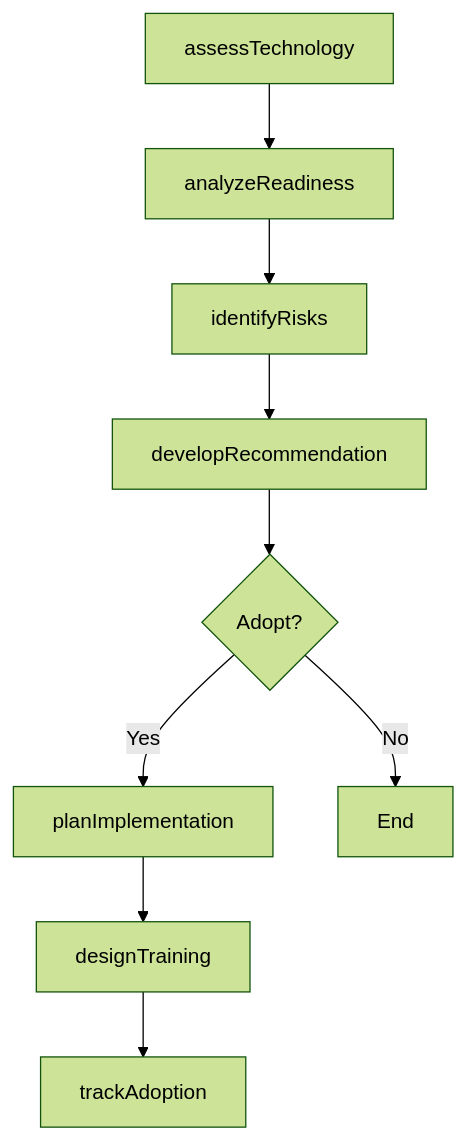
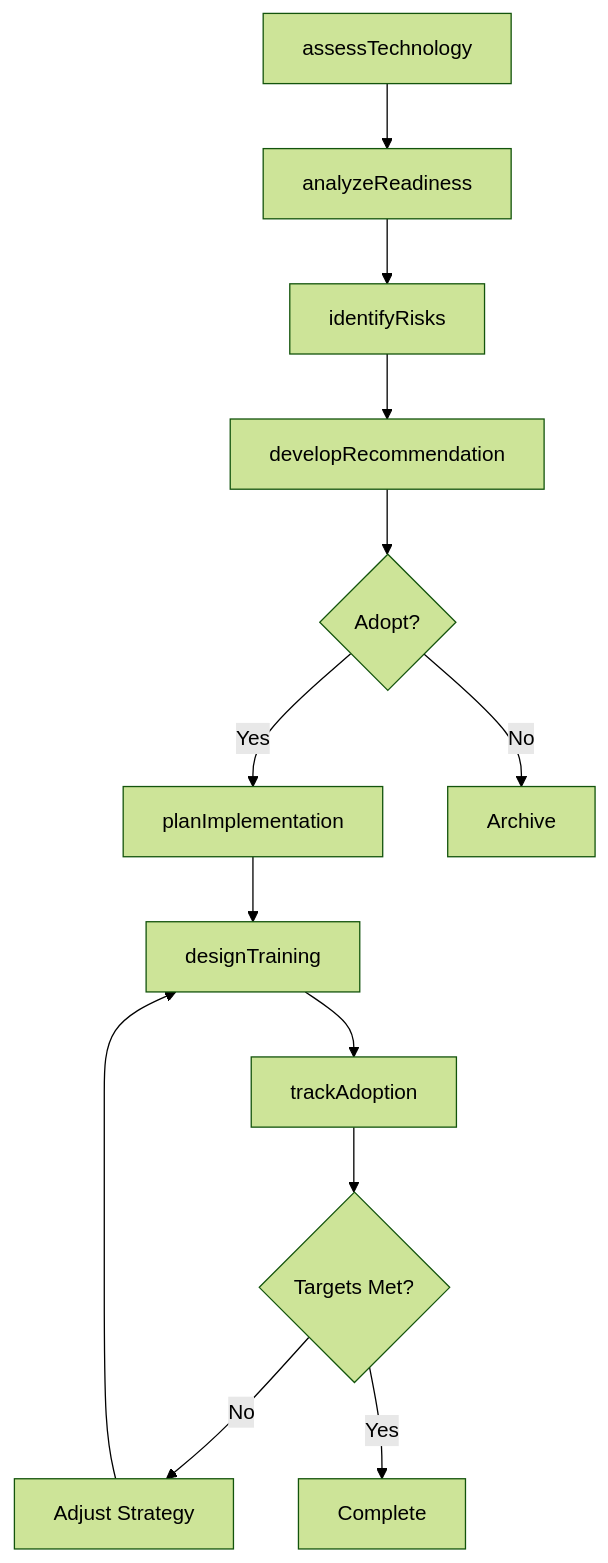
One commit to dot-org-ai/tasks.org.ai changed the third of 4 diagrams in ProvidingConsultationAndAdviceToOthers/AdviseOthersOnTheDesignOrUseOfTechnologies/AdviseOthersDevelopmentUseNew.mdx. Above: the diagram before and after it, drawn with Mermaid (forest theme). The commit also changed other lines of this file and 307 other files, not shown here.

First line of the commit message:
feat: Add ER diagrams and state diagrams to remaining 308 DWA task files (wave 3 complete)

````diff
--- a/ProvidingConsultationAndAdviceToOthers/AdviseOthersOnTheDesignOrUseOfTechnologies/AdviseOthersDevelopmentUseNew.mdx
+++ b/ProvidingConsultationAndAdviceToOthers/AdviseOthersOnTheDesignOrUseOfTechnologies/AdviseOthersDevelopmentUseNew.mdx
@@ -87,11 +114,15 @@
 ```mermaid
 graph TD
     A[assessTechnology] --> B[analyzeReadiness]
     B --> C[identifyRisks]
     C --> D[developRecommendation]
     D --> E{Adopt?}
     E -->|Yes| F[planImplementation]
-    E -->|No| G[End]
+    E -->|No| G[Archive]
     F --> H[designTraining]
     H --> I[trackAdoption]
+    I --> J{Targets Met?}
+    J -->|No| K[Adjust Strategy]
+    K --> H
+    J -->|Yes| L[Complete]
 ```
````
